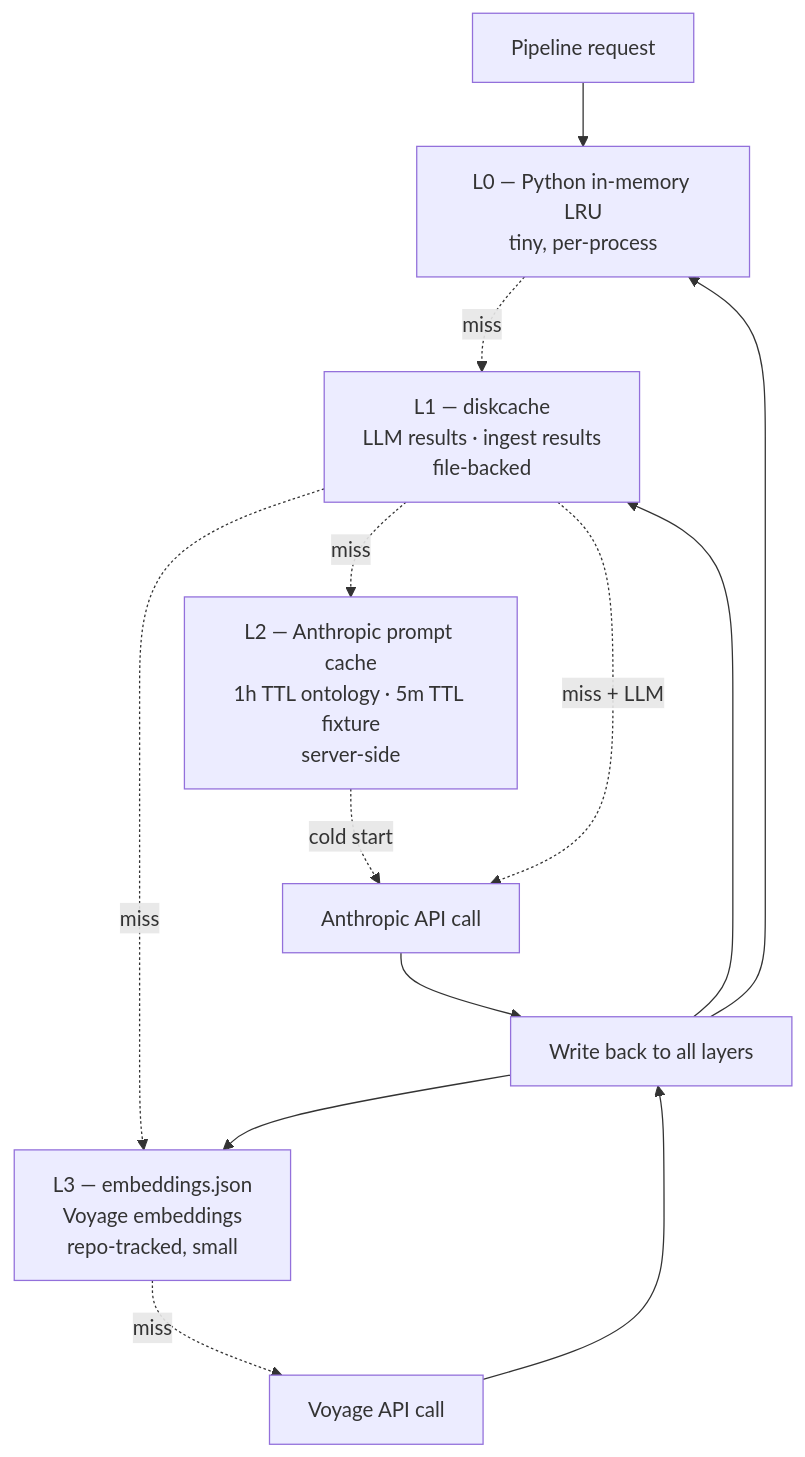
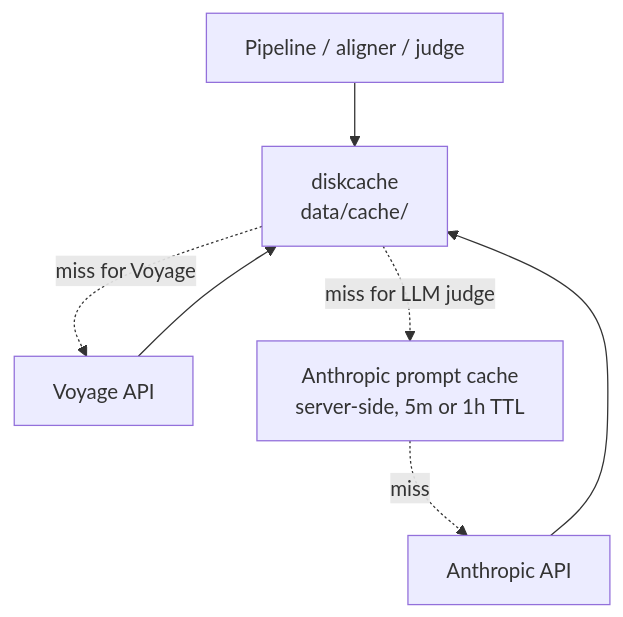
Before and after one commit to funcpointer/interlock-ai: the fourth of 5 diagrams in docs/ARCHITECTURE.md, drawn with Mermaid. The commit also changed other lines of this file and 5 other files, not shown here.

````diff
--- a/docs/ARCHITECTURE.md
+++ b/docs/ARCHITECTURE.md
@@ -164,15 +155,9 @@
 ```mermaid
 graph TB
-    Request[Pipeline request] --> L0[L0 — Python in-memory LRU<br/>tiny, per-process]
-    L0 -.miss.-> L1[L1 — diskcache<br/>LLM results · ingest results<br/>file-backed]
-    L1 -.miss.-> L2[L2 — Anthropic prompt cache<br/>1h TTL ontology · 5m TTL fixture<br/>server-side]
-    L1 -.miss.-> L3[L3 — embeddings.json<br/>Voyage embeddings<br/>repo-tracked, small]
-    L2 -.cold start.-> Anthropic[Anthropic API call]
-    L3 -.miss.-> VoyageAPI[Voyage API call]
-    L1 -.miss + LLM.-> Anthropic
-    Anthropic --> WriteBack[Write back to all layers]
-    VoyageAPI --> WriteBack
-    WriteBack --> L3
-    WriteBack --> L1
-    WriteBack --> L0
+    Caller[Pipeline / aligner / judge] --> Disk[diskcache<br/>data/cache/]
+    Disk -.miss for Voyage.-> VAPI[Voyage API]
+    Disk -.miss for LLM judge.-> AnthropicCache[Anthropic prompt cache<br/>server-side, 5m or 1h TTL]
+    AnthropicCache -.miss.-> AAPI[Anthropic API]
+    VAPI --> Disk
+    AAPI --> Disk
 ```
````
